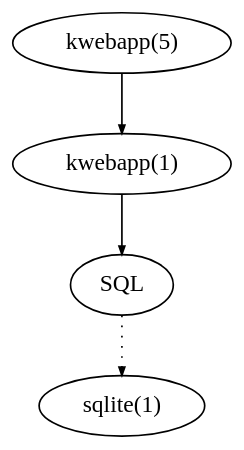
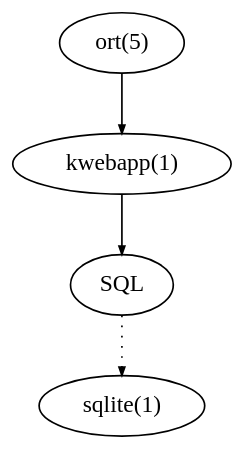
One commit to kristapsdz/openradtool changed the diagram in index-fig3.dot. Above: the diagram before and after it, drawn with Graphviz. The commit also changed 18 other files, not shown here.

Commit message:
Renaming kwebapp(5) to ort(5).  This catches all references to the old filename.

```diff
--- a/index-fig3.dot
+++ b/index-fig3.dot
@@ -1,13 +1,13 @@
 digraph {
 	edge [arrowsize="0.5";];
 	bgcolor="transparent";
 
-	cfg[label="kwebapp(5)"];
+	cfg[label="ort(5)"];
 	bin[label="kwebapp(1)"];
 	sql[label="SQL"];
 	sqlite1[label="sqlite(1)"];
 
 	cfg -> bin;
 	bin -> sql;
 	sql -> sqlite1[style="dotted"];
 }
```
